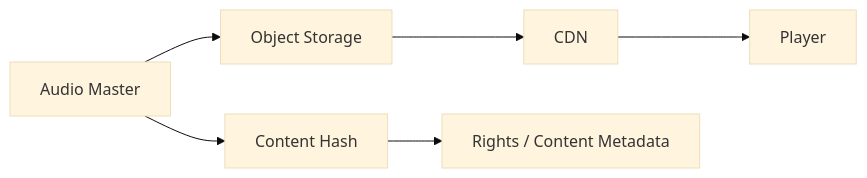
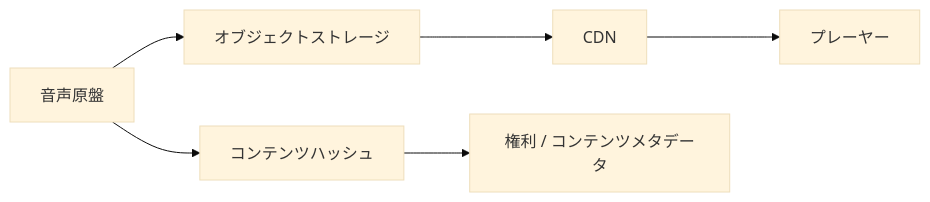
One commit to ShigeichiroYamasaki/creator-first-platform changed the fourth of 43 diagrams in docs/whitepaper/09-technology.md. Above: the diagram before and after it, drawn with Mermaid (base theme). The commit also changed other lines of this file and 72 other files, not shown here.

````diff
--- a/docs/whitepaper/09-technology.md
+++ b/docs/whitepaper/09-technology.md
@@ -153,12 +153,12 @@
 ```mermaid
 flowchart LR
-    AUDIO[Audio Master]
-    STORAGE[Object Storage]
+    AUDIO[音声原盤]
+    STORAGE[オブジェクトストレージ]
     CDN[CDN]
-    PLAYER[Player]
+    PLAYER[プレーヤー]
 
     AUDIO --> STORAGE --> CDN --> PLAYER
 
-    AUDIO --> HASH[Content Hash]
-    HASH --> META[Rights / Content Metadata]
+    AUDIO --> HASH[コンテンツハッシュ]
+    HASH --> META[権利 / コンテンツメタデータ]
 ```
````
